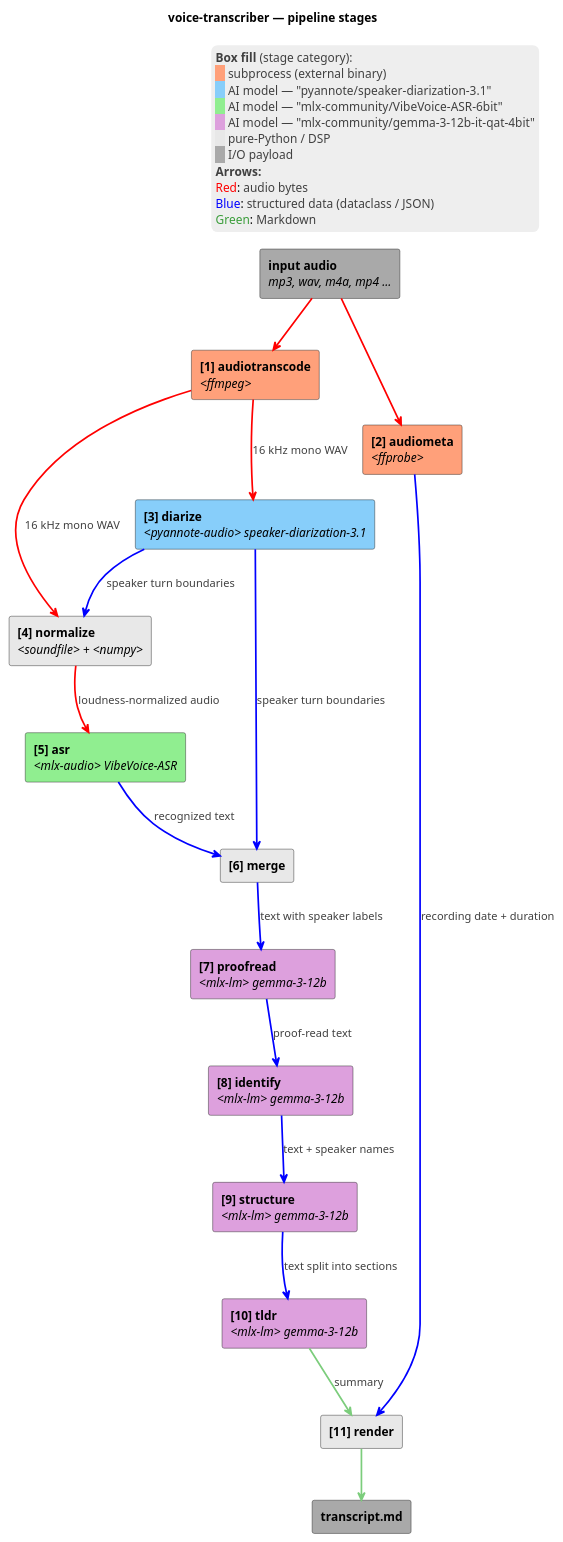
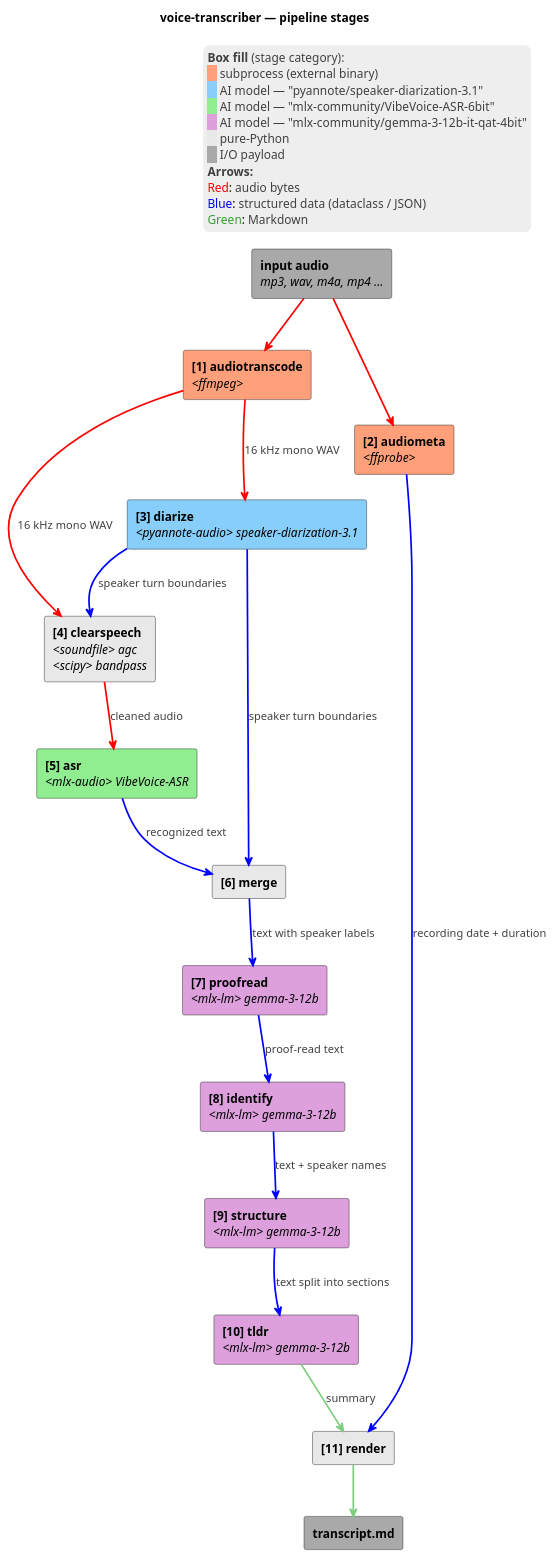
Before and after one commit to artem-from-ua/voice-transcriber: the second of 2 diagrams in docs/architecture.md, drawn with PlantUML. The commit also changed other lines of this file and 16 other files, not shown here.

First line of the commit message:
Replace loudness_normalize with clearspeech chain (issue #48, PR-1) (#68)

````diff
--- a/docs/architecture.md
+++ b/docs/architecture.md
@@ -63,58 +63,58 @@
 ```plantuml
 @startuml
 title voice-transcriber — pipeline stages
 skinparam componentStyle rectangle
 skinparam ArrowThickness 2
 skinparam legendBorderColor transparent
 skinparam legendBackgroundColor #EEEEEE
 
 [<b>input audio</b>\n<i>mp3, wav, m4a, mp4 ...</i>] as Input #A9A9A9
 [<b>transcript.md</b>] as Output #A9A9A9
 
 component "<b>[1] audiotranscode</b>\n<i><ffmpeg></i>" as WAV #FFA07A
 component "<b>[2] audiometa</b>\n<i><ffprobe></i>" as FF #FFA07A
 component "<b>[3] diarize</b>\n<i><pyannote-audio> speaker-diarization-3.1</i>" as Diar #87CEFA
-component "<b>[4] normalize</b>\n<i><soundfile> + <numpy></i>" as Norm #E8E8E8
+component "<b>[4] clearspeech</b>\n<i><soundfile> agc</i>\n<i><scipy> bandpass</i>" as CS #E8E8E8
 component "<b>[5] asr</b>\n<i><mlx-audio> VibeVoice-ASR</i>" as ASR #90EE90
 component "<b>[6] merge</b>" as Merge #E8E8E8
 component "<b>[7] proofread</b>\n<i><mlx-lm> gemma-3-12b</i>" as Post #DDA0DD
 component "<b>[8] identify</b>\n<i><mlx-lm> gemma-3-12b</i>" as Ident #DDA0DD
 component "<b>[9] structure</b>\n<i><mlx-lm> gemma-3-12b</i>" as Struct #DDA0DD
 component "<b>[10] tldr</b>\n<i><mlx-lm> gemma-3-12b</i>" as TLDR #DDA0DD
 component "<b>[11] render</b>" as Render #E8E8E8
 
 Input -[#red]-> FF
 Input -[#red]-> WAV
 
 WAV -[#red]-> Diar : <color:#404040>16 kHz mono WAV</color>
-WAV -[#red]-> Norm : <color:#404040>16 kHz mono WAV</color>
-Diar -[#blue]-> Norm : <color:#404040>speaker turn boundaries</color>
-Norm -[#red]-> ASR : <color:#404040>loudness-normalized audio</color>
+WAV -[#red]-> CS : <color:#404040>16 kHz mono WAV</color>
+Diar -[#blue]-> CS : <color:#404040>speaker turn boundaries</color>
+CS -[#red]-> ASR : <color:#404040>cleaned audio</color>
 
 ASR -[#blue]-> Merge : <color:#404040>recognized text</color>
 Diar -[#blue]-> Merge : <color:#404040>speaker turn boundaries</color>
 
 Merge -[#blue]-> Post : <color:#404040>text with speaker labels</color>
 Post -[#blue]-> Ident : <color:#404040>proof-read text</color>
 Ident -[#blue]-> Struct : <color:#404040>text + speaker names</color>
 Struct -[#blue]-> TLDR : <color:#404040>text split into sections</color>
 
 FF -[#blue]-> Render : <color:#404040>recording date + duration</color>
 TLDR -[#7CCD7C]-> Render : <color:#404040>summary</color>
 Render -[#7CCD7C]-> Output
 
 legend top right
   <color:#404040>**Box fill** (stage category):</color>
   <back:#FFA07A>   </back> <color:#404040>subprocess (external binary)</color>
   <back:#87CEFA>   </back> <color:#404040>AI model — "pyannote/speaker-diarization-3.1"</color>
   <back:#90EE90>   </back> <color:#404040>AI model — "mlx-community/VibeVoice-ASR-6bit"</color>
   <back:#DDA0DD>   </back> <color:#404040>AI model — "mlx-community/gemma-3-12b-it-qat-4bit"</color>
-  <back:#E8E8E8>   </back> <color:#404040>pure-Python / DSP</color>
+  <back:#E8E8E8>   </back> <color:#404040>pure-Python</color>
   <back:#A9A9A9>   </back> <color:#404040>I/O payload</color>
   <color:#404040>**Arrows:**</color>
   <color:red>Red</color>: <color:#404040>audio bytes</color>
   <color:blue>Blue</color>: <color:#404040>structured data (dataclass / JSON)</color>
   <color:#3A9D3A>Green</color>: <color:#404040>Markdown</color>
 end legend
 @enduml
 ```
````
